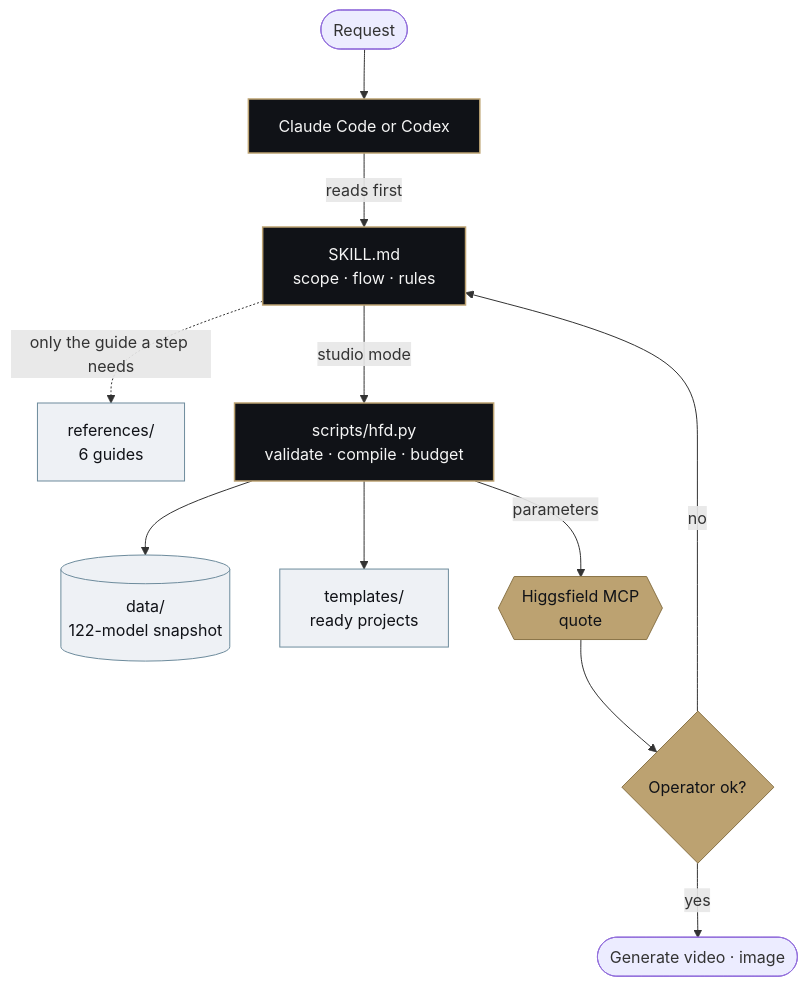
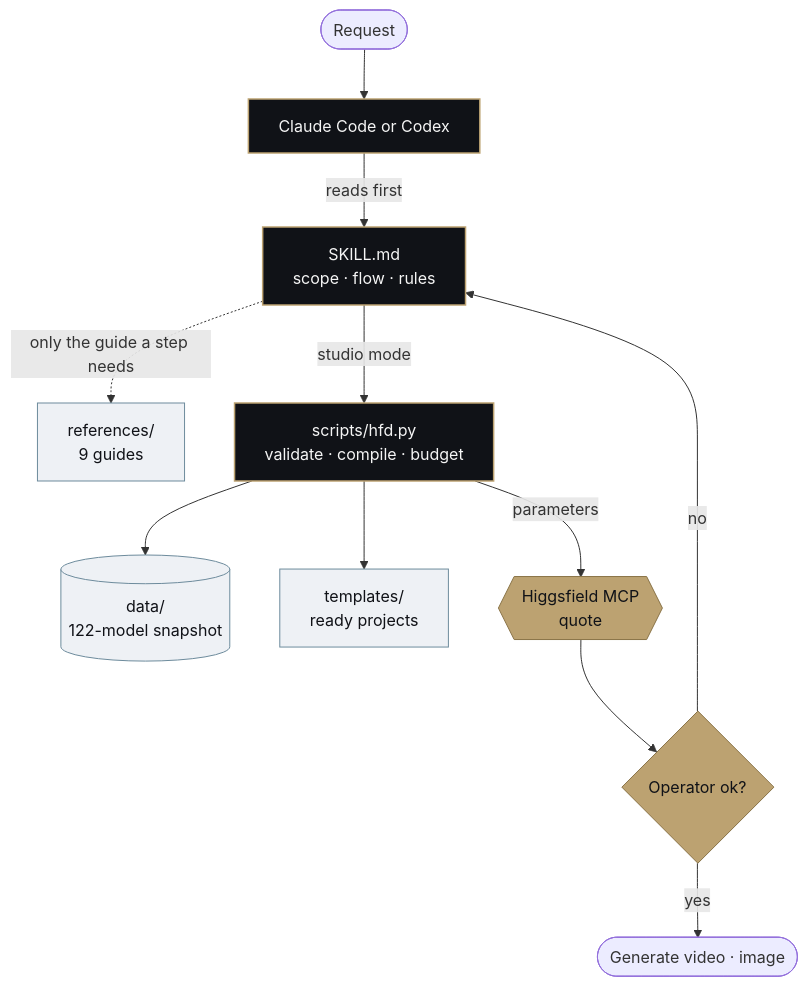
The first of 2 diagrams in README.md (rniedson/higgsfield-director-pro-skill), drawn with Mermaid before and after one commit. The commit also changed other lines of this file and 32 other files, not shown here.

First line of the commit message:
Examples at the root, a guide with diagrams in each main folder, and illustrated lessons (#30)

````diff
--- a/README.md
+++ b/README.md
@@ -159,19 +159,19 @@
 ```mermaid
 flowchart TD
     U([Request]) --> A[Claude Code or Codex]
     A -->|reads first| S[SKILL.md<br/>scope · flow · rules]
-    S -.->|only the guide a step needs| R[references/<br/>6 guides]
+    S -.->|only the guide a step needs| R[references/<br/>9 guides]
     S -->|studio mode| H[scripts/hfd.py<br/>validate · compile · budget]
     H --> D[(data/<br/>122-model snapshot)]
     H --> T[templates/<br/>ready projects]
     H -->|parameters| M{{Higgsfield MCP<br/>quote}}
     M --> O{Operator ok?}
     O -->|yes| G([Generate video · image])
     O -->|no| S
     classDef core fill:#101217,stroke:#bca271,color:#f5f5f5,stroke-width:1.5px
     classDef gold fill:#bca271,stroke:#8a7448,color:#101217
     classDef soft fill:#eef1f5,stroke:#6d8b9c,color:#101217
     class A,S,H core
     class M,O gold
     class R,D,T soft
 ```
````
